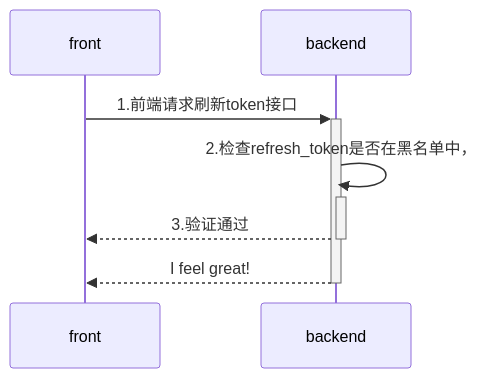
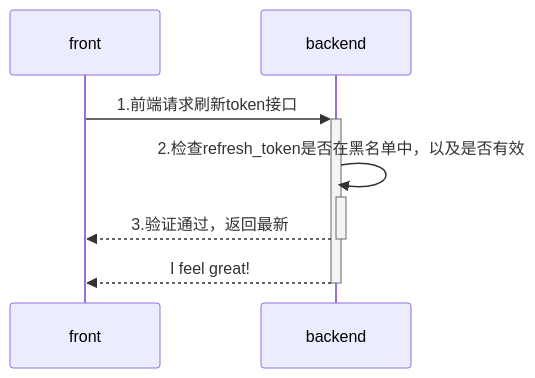
The diagram in all/未命名-4.md (yingjianzh/iodraw-files), drawn with Mermaid before and after one commit.

Commit message:
2024-08-02 17:45:26 update

````diff
--- a/all/未命名-4.md
+++ b/all/未命名-4.md
@@ -1,8 +1,8 @@
 ```mermaid
 sequenceDiagram
     front->>+backend: 1.前端请求刷新token接口
-    backend->>+backend: 2.检查refresh_token是否在黑名单中，
-    backend-->>-front: 3.验证通过
+    backend->>+backend: 2.检查refresh_token是否在黑名单中，以及是否有效
+    backend-->>-front: 3.验证通过，返回最新
     backend-->>-front: I feel great!
             
 ```
````
